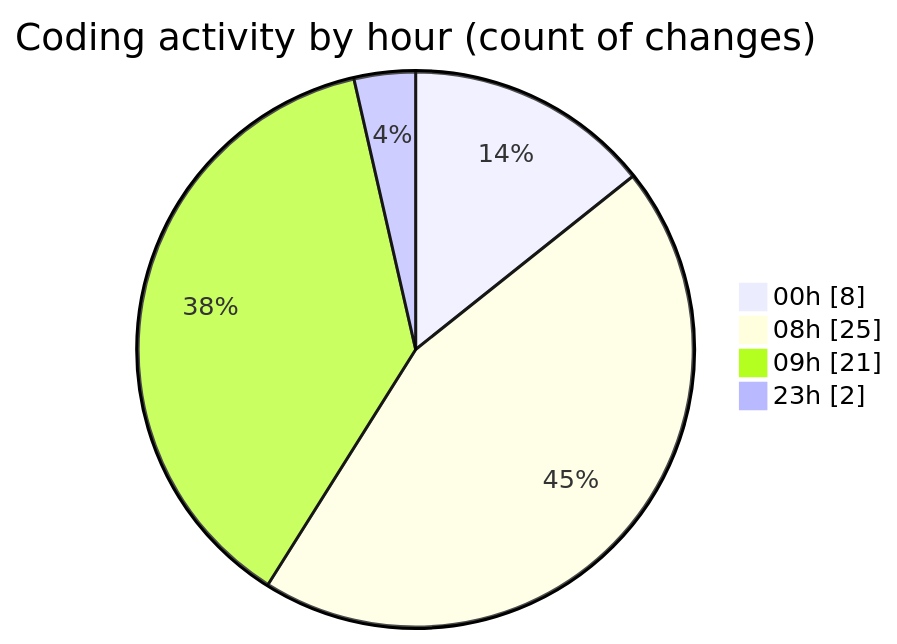
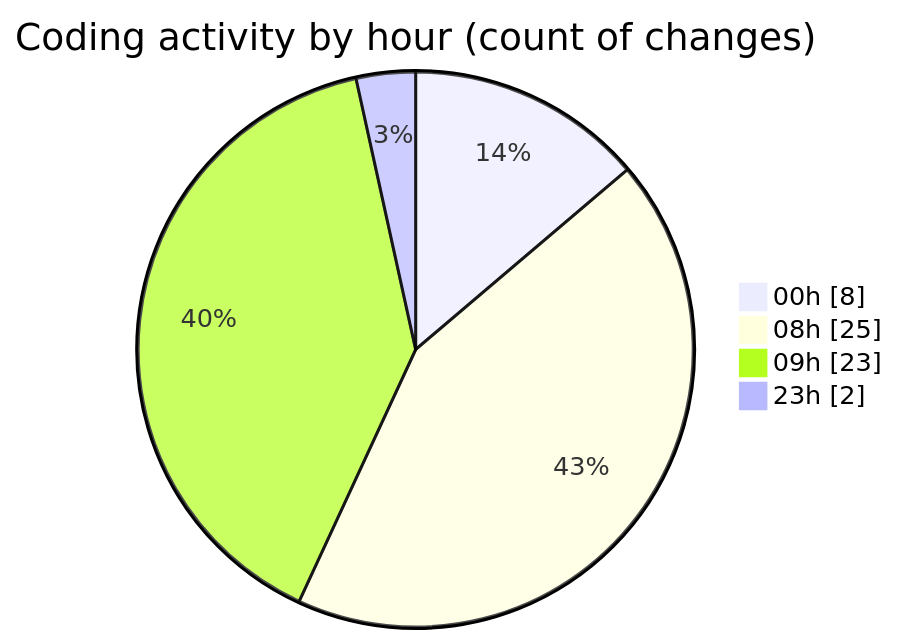
Before and after one commit to EIIisD/code-tracking: the second of 2 diagrams in 2025-08-13/ribbon/README.md, drawn with Mermaid. The commit also changed other lines of this file and 1 other file, not shown here.

````diff
--- a/2025-08-13/ribbon/README.md
+++ b/2025-08-13/ribbon/README.md
@@ -37,8 +37,8 @@
 ```mermaid
 pie showData
 title Coding activity by hour (count of changes)
 "00h" : 8
 "08h" : 25
-"09h" : 21
+"09h" : 23
 "23h" : 2
 ```
````
